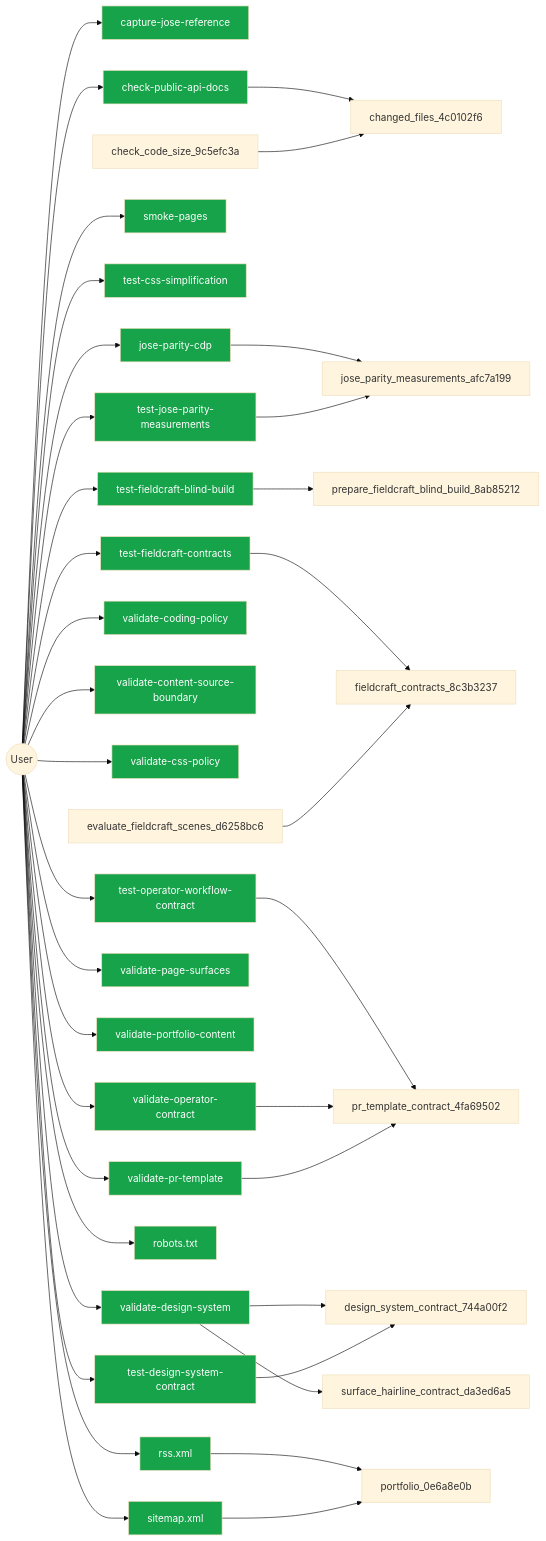
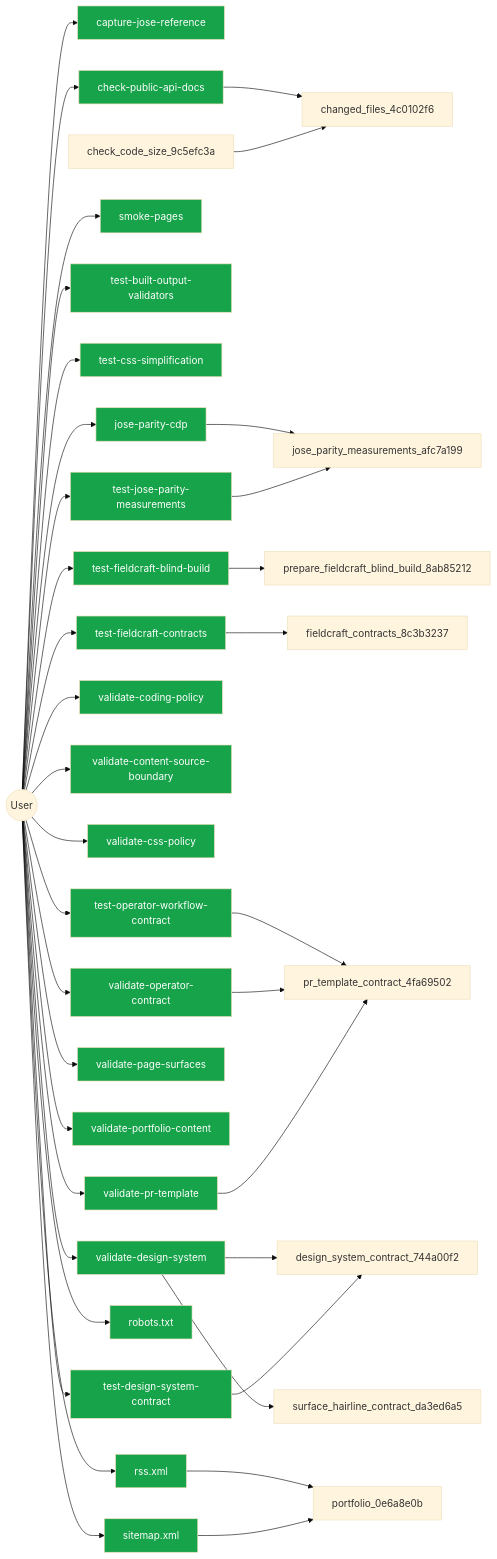
One commit to jscraik/websites changed the diagram in .diagram/user.mmd. Above: the diagram before and after it, drawn with Mermaid (base theme). The commit also changed 6 other files, not shown here.

Commit message:
fix(diagrams): retain mise diagnostic and refresh projections

```diff
--- a/.diagram/user.mmd
+++ b/.diagram/user.mmd
@@ -1,61 +1,62 @@
 flowchart LR
   User(("User"))
   capture_jose_reference_e7b66705["capture-jose-reference"]
   User --> capture_jose_reference_e7b66705
   check_public_api_docs_a9604f1b["check-public-api-docs"]
   User --> check_public_api_docs_a9604f1b
   jose_parity_cdp_bdcde21d["jose-parity-cdp"]
   User --> jose_parity_cdp_bdcde21d
   smoke_pages_9a92b30d["smoke-pages"]
   User --> smoke_pages_9a92b30d
+  test_built_output_validators_c44e3406["test-built-output-validators"]
+  User --> test_built_output_validators_c44e3406
   test_css_simplification_05516724["test-css-simplification"]
   User --> test_css_simplification_05516724
   test_fieldcraft_blind_build_ec0e094c["test-fieldcraft-blind-build"]
   User --> test_fieldcraft_blind_build_ec0e094c
   test_fieldcraft_contracts_82274efa["test-fieldcraft-contracts"]
   User --> test_fieldcraft_contracts_82274efa
   test_jose_parity_measurements_2477824f["test-jose-parity-measurements"]
   User --> test_jose_parity_measurements_2477824f
   test_operator_workflow_contract_b4a152d7["test-operator-workflow-contract"]
   User --> test_operator_workflow_contract_b4a152d7
   validate_coding_policy_29976175["validate-coding-policy"]
   User --> validate_coding_policy_29976175
   validate_content_source_boundary_8a6f121b["validate-content-source-boundary"]
   User --> validate_content_source_boundary_8a6f121b
   validate_css_policy_1c5ec854["validate-css-policy"]
   User --> validate_css_policy_1c5ec854
   validate_design_system_b8a5f37c["validate-design-system"]
   User --> validate_design_system_b8a5f37c
   validate_operator_contract_f777ed78["validate-operator-contract"]
   User --> validate_operator_contract_f777ed78
   validate_page_surfaces_078ef6b6["validate-page-surfaces"]
   User --> validate_page_surfaces_078ef6b6
   validate_portfolio_content_6d36990e["validate-portfolio-content"]
   User --> validate_portfolio_content_6d36990e
   validate_pr_template_1fc39e13["validate-pr-template"]
   User --> validate_pr_template_1fc39e13
   rss_xml_b85d02db["rss.xml"]
   User --> rss_xml_b85d02db
   robots_txt_870b1fc1["robots.txt"]
   User --> robots_txt_870b1fc1
   sitemap_xml_ab094897["sitemap.xml"]
   User --> sitemap_xml_ab094897
   check_public_api_docs_a9604f1b --> changed_files_4c0102f6
   jose_parity_cdp_bdcde21d --> jose_parity_measurements_afc7a199
   test_fieldcraft_blind_build_ec0e094c --> prepare_fieldcraft_blind_build_8ab85212
   test_fieldcraft_contracts_82274efa --> fieldcraft_contracts_8c3b3237
   test_jose_parity_measurements_2477824f --> jose_parity_measurements_afc7a199
   test_operator_workflow_contract_b4a152d7 --> pr_template_contract_4fa69502
   validate_design_system_b8a5f37c --> design_system_contract_744a00f2
   validate_design_system_b8a5f37c --> surface_hairline_contract_da3ed6a5
   validate_operator_contract_f777ed78 --> pr_template_contract_4fa69502
   validate_pr_template_1fc39e13 --> pr_template_contract_4fa69502
   rss_xml_b85d02db --> portfolio_0e6a8e0b
   sitemap_xml_ab094897 --> portfolio_0e6a8e0b
   check_code_size_9c5efc3a --> changed_files_4c0102f6
-  evaluate_fieldcraft_scenes_d6258bc6 --> fieldcraft_contracts_8c3b3237
   classDef userNode fill:#16a34a,color:#fff
   test_design_system_contract_2b5439cd["test-design-system-contract"]
   User --> test_design_system_contract_2b5439cd
   test_design_system_contract_2b5439cd --> design_system_contract_744a00f2
-  class capture_jose_reference_e7b66705,check_public_api_docs_a9604f1b,jose_parity_cdp_bdcde21d,smoke_pages_9a92b30d,test_css_simplification_05516724,test_fieldcraft_blind_build_ec0e094c,test_fieldcraft_contracts_82274efa,test_jose_parity_measurements_2477824f,test_operator_workflow_contract_b4a152d7,validate_coding_policy_29976175,validate_content_source_boundary_8a6f121b,validate_css_policy_1c5ec854,validate_design_system_b8a5f37c,validate_operator_contract_f777ed78,validate_page_surfaces_078ef6b6,validate_portfolio_content_6d36990e,validate_pr_template_1fc39e13,rss_xml_b85d02db,robots_txt_870b1fc1,sitemap_xml_ab094897,test_design_system_contract_2b5439cd userNode
+  class capture_jose_reference_e7b66705,check_public_api_docs_a9604f1b,jose_parity_cdp_bdcde21d,smoke_pages_9a92b30d,test_built_output_validators_c44e3406,test_css_simplification_05516724,test_fieldcraft_blind_build_ec0e094c,test_fieldcraft_contracts_82274efa,test_jose_parity_measurements_2477824f,test_operator_workflow_contract_b4a152d7,validate_coding_policy_29976175,validate_content_source_boundary_8a6f121b,validate_css_policy_1c5ec854,validate_design_system_b8a5f37c,validate_operator_contract_f777ed78,validate_page_surfaces_078ef6b6,validate_portfolio_content_6d36990e,validate_pr_template_1fc39e13,rss_xml_b85d02db,robots_txt_870b1fc1,sitemap_xml_ab094897,test_design_system_contract_2b5439cd userNode
```
